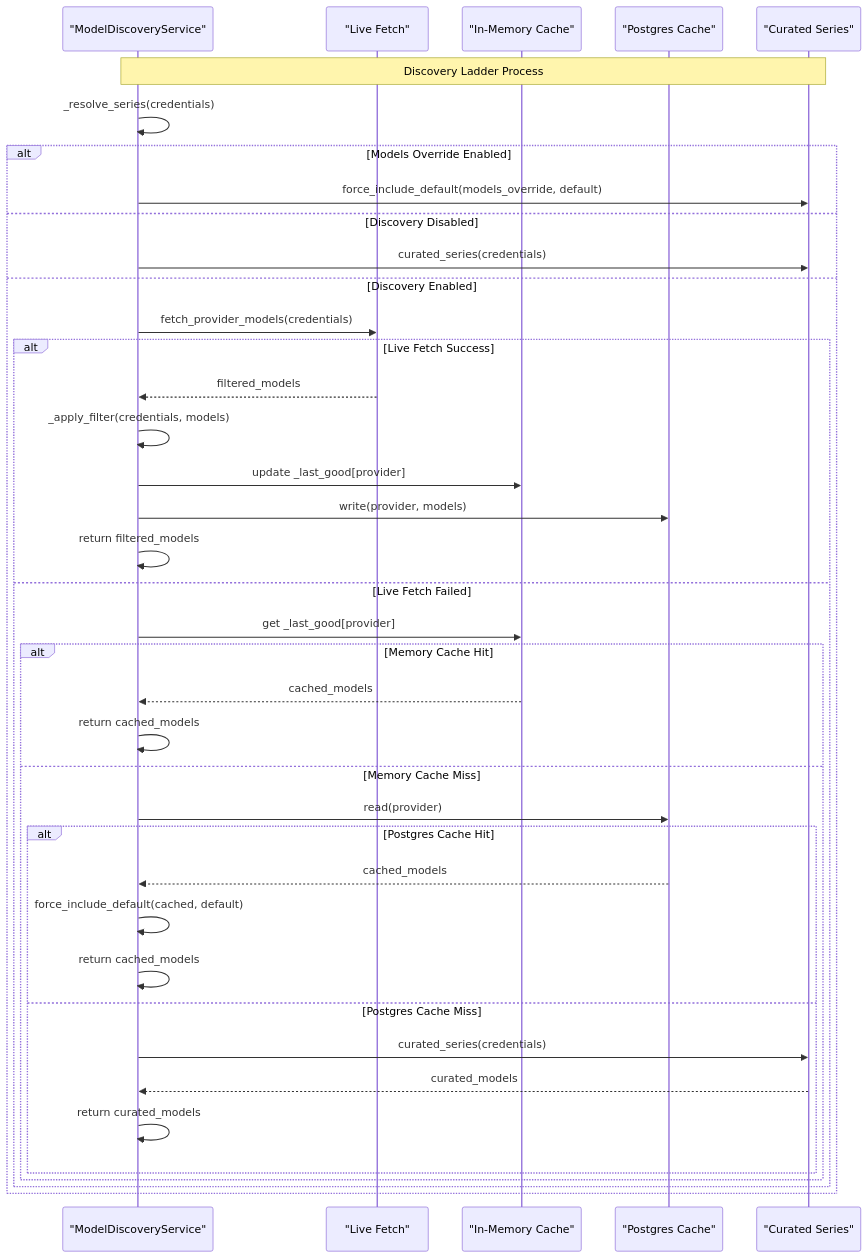
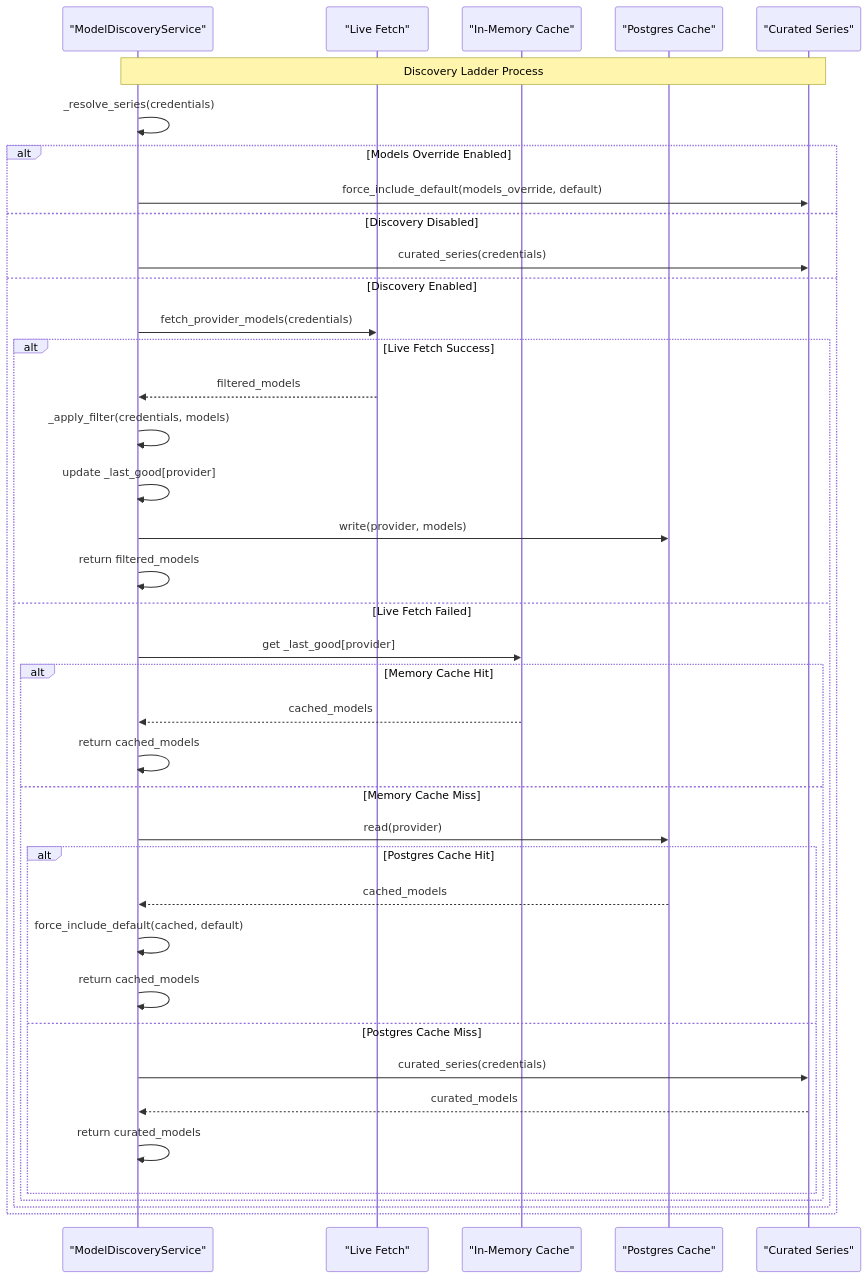
Diagram 26 of 27 in .qoder/repowiki/en/content/Agent Platform Service/Agent Platform Service.md (metasync/luban-aiops), drawn with Mermaid before and after one commit. The commit also changed other lines of this file and 7 other files, not shown here.

````diff
--- a/.qoder/repowiki/en/content/Agent Platform Service/Agent Platform Service.md
+++ b/.qoder/repowiki/en/content/Agent Platform Service/Agent Platform Service.md
@@ -1482,41 +1592,41 @@
 ```mermaid
 sequenceDiagram
 participant Disc as "ModelDiscoveryService"
 participant Live as "Live Fetch"
 participant Memory as "In-Memory Cache"
 participant Postgres as "Postgres Cache"
 participant Curated as "Curated Series"
 Note over Disc,Curated : Discovery Ladder Process
 Disc->>Disc : _resolve_series(credentials)
 alt Models Override Enabled
 Disc->>Curated : force_include_default(models_override, default)
 else Discovery Disabled
 Disc->>Curated : curated_series(credentials)
 else Discovery Enabled
 Disc->>Live : fetch_provider_models(credentials)
 alt Live Fetch Success
 Live-->>Disc : filtered_models
 Disc->>Disc : _apply_filter(credentials, models)
-Disc->>Memory : update _last_good[provider]
+Disc->>Disc : update _last_good[provider]
 Disc->>Postgres : write(provider, models)
 Disc->>Disc : return filtered_models
 else Live Fetch Failed
 Disc->>Memory : get _last_good[provider]
 alt Memory Cache Hit
 Memory-->>Disc : cached_models
 Disc->>Disc : return cached_models
 else Memory Cache Miss
 Disc->>Postgres : read(provider)
 alt Postgres Cache Hit
 Postgres-->>Disc : cached_models
 Disc->>Disc : force_include_default(cached, default)
 Disc->>Disc : return cached_models
 else Postgres Cache Miss
 Disc->>Curated : curated_series(credentials)
 Curated-->>Disc : curated_models
 Disc->>Disc : return curated_models
 end
 end
 end
 end
 ```
````
